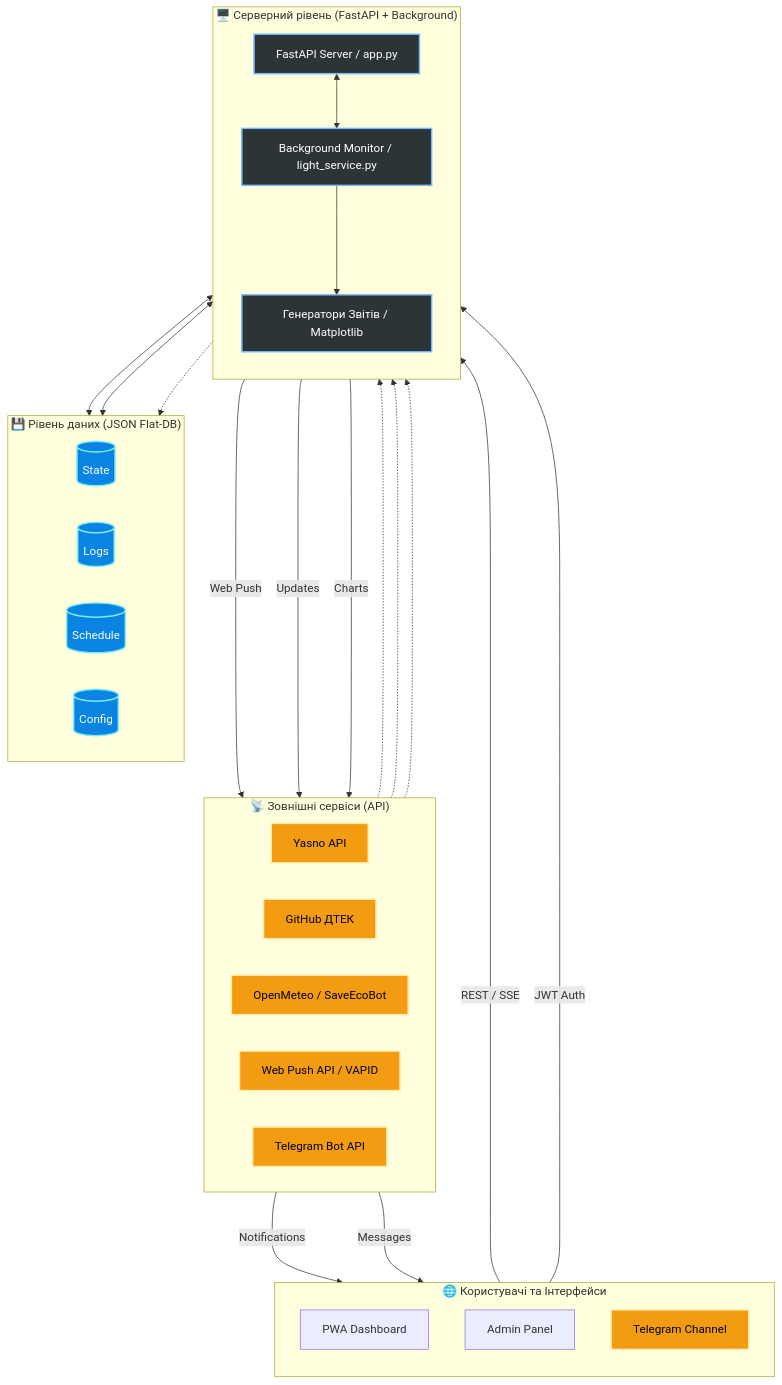
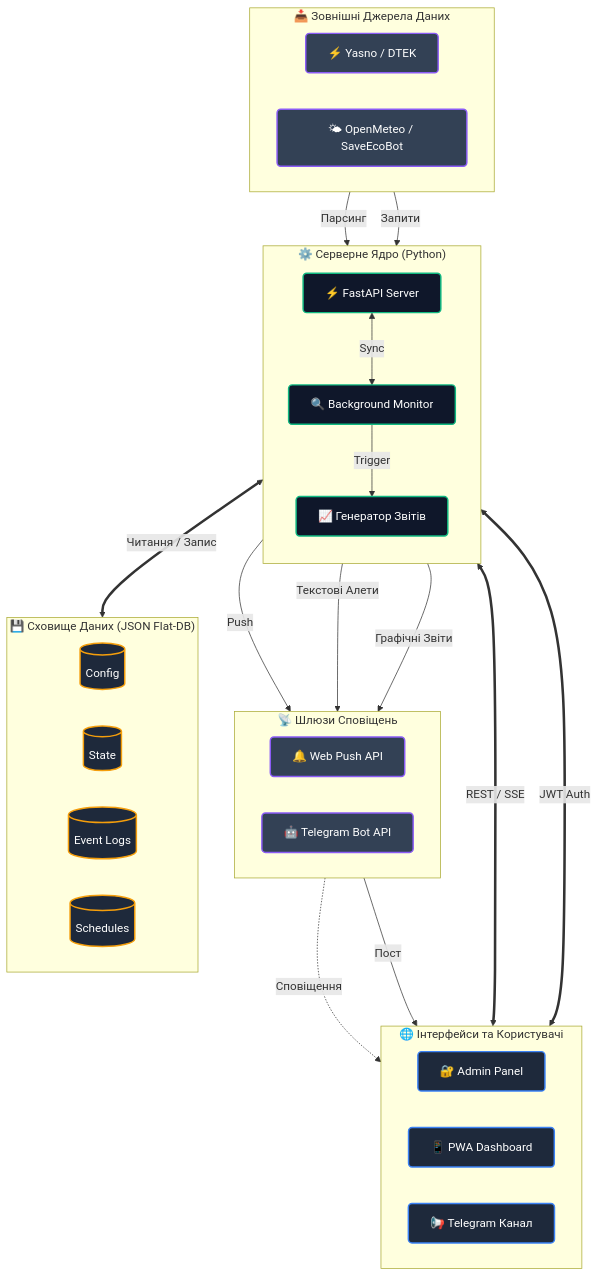
Before and after one commit to weby-homelab/flash-monitor-kyiv: the diagram in README.md, drawn with Mermaid. The commit also changed 1 other file, not shown here.

Commit message:
Docs: Redesign Mermaid architecture diagrams for better readability

````diff
--- a/README.md
+++ b/README.md
@@ -90,64 +90,72 @@
 ```mermaid
-graph TD
-    %% -- Styles --
-    classDef external fill:#f39c12,stroke:#ffeaa7,stroke-width:2px,color:#000
-    classDef layer fill:#2d3436,stroke:#74b9ff,stroke-width:2px,color:#fff
-    classDef data fill:#0984e3,stroke:#81ecec,stroke-width:2px,color:#fff
+flowchart TB
+    %% Colors & Styles
+    classDef frontend fill:#1e293b,stroke:#3b82f6,stroke-width:2px,color:#fff,rx:5px,ry:5px
+    classDef backend fill:#0f172a,stroke:#10b981,stroke-width:2px,color:#fff,rx:5px,ry:5px
+    classDef database fill:#1e293b,stroke:#f59e0b,stroke-width:2px,color:#fff,rx:5px,ry:5px
+    classDef external fill:#334155,stroke:#8b5cf6,stroke-width:2px,color:#fff,rx:5px,ry:5px
 
-    subgraph Users ["🌐 Користувачі та Інтерфейси"]
-        direction TB
-        WEB[PWA Dashboard]
-        ADMIN[Admin Panel]
-        TG[Telegram Channel]
+    %% Interfaces
+    subgraph UI ["🌐 Інтерфейси та Користувачі"]
+        direction LR
+        Admin["🔐 Admin Panel"]
+        PWA["📱 PWA Dashboard"]
+        Channel["📢 Telegram Канал"]
     end
 
-    subgraph External ["📡 Зовнішні сервіси (API)"]
+    %% Middlewares / APIs
+    subgraph Gateways ["📡 Шлюзи Сповіщень"]
         direction LR
-        YASNO[Yasno API]
-        DTEK[GitHub ДТЕК]
-        METEO[OpenMeteo / SaveEcoBot]
-        PUSH[Web Push API / VAPID]
-        BOT[Telegram Bot API]
+        WebPush["🔔 Web Push API"]
+        TgBot["🤖 Telegram Bot API"]
     end
 
-    subgraph App ["🖥️ Серверний рівень (FastAPI + Background)"]
+    %% Backend
+    subgraph Backend ["⚙️ Серверне Ядро (Python)"]
         direction TB
-        API[FastAPI Server / app.py]
-        LMN[Background Monitor / light_service.py]
-        REP[Генератори Звітів / Matplotlib]
+        API["⚡ FastAPI Server"]
+        Monitor["🔍 Background Monitor"]
+        Reports["📈 Генератор Звітів"]
         
-        API <--> LMN
-        LMN ---> REP
+        API <-->|Sync| Monitor
+        Monitor -->|Trigger| Reports
     end
 
-    subgraph Data ["💾 Рівень даних (JSON Flat-DB)"]
+    %% Data Sources
+    subgraph Sources ["📥 Зовнішні Джерела Даних"]
         direction LR
-        STATE[(State)]
-        LOGS[(Logs)]
-        SCHED[(Schedule)]
-        CFG[(Config)]
+        Grid["⚡ Yasno / DTEK"]
+        Meteo["🌤 OpenMeteo / SaveEcoBot"]
     end
 
-    %% Connections
-    WEB --->|REST / SSE| API
-    ADMIN --->|JWT Auth| API
+    %% Storage
+    subgraph DB ["💾 Сховище Даних (JSON Flat-DB)"]
+        direction LR
+        Config[("Config")]
+        State[("State")]
+        Logs[("Event Logs")]
+        Schedule[("Schedules")]
+    end
+
+    %% Relations
+    PWA <==>|REST / SSE| API
+    Admin <==>|JWT Auth| API
     
-    API --->|Web Push| PUSH
-    PUSH --->|Notifications| WEB
+    API -->|Push| WebPush
+    WebPush -.->|Сповіщення| PWA
     
-    LMN --->|Updates| BOT
-    REP --->|Charts| BOT
-    BOT --->|Messages| TG
+    Monitor -->|Текстові Алети| TgBot
+    Reports -->|Графічні Звіти| TgBot
+    TgBot -->|Пост| Channel
     
-    YASNO -.-> LMN
-    DTEK -.-> LMN
-    METEO -.-> API
+    Sources -->|Парсинг| Monitor
+    Sources -->|Запити| API
     
-    API <--> Data
-    LMN <--> Data
-    REP -.-> Data
+    Backend <==>|Читання / Запис| DB
 
-    class TG,YASNO,DTEK,METEO,PUSH,BOT external
-    class API,LMN,REP layer
-    class STATE,LOGS,SCHED,CFG data
+    %% Styling apply
+    class PWA,Admin,Channel frontend
+    class API,Monitor,Reports backend
+    class Config,State,Logs,Schedule database
+    class WebPush,TgBot,Grid,Meteo external
 ```
````
